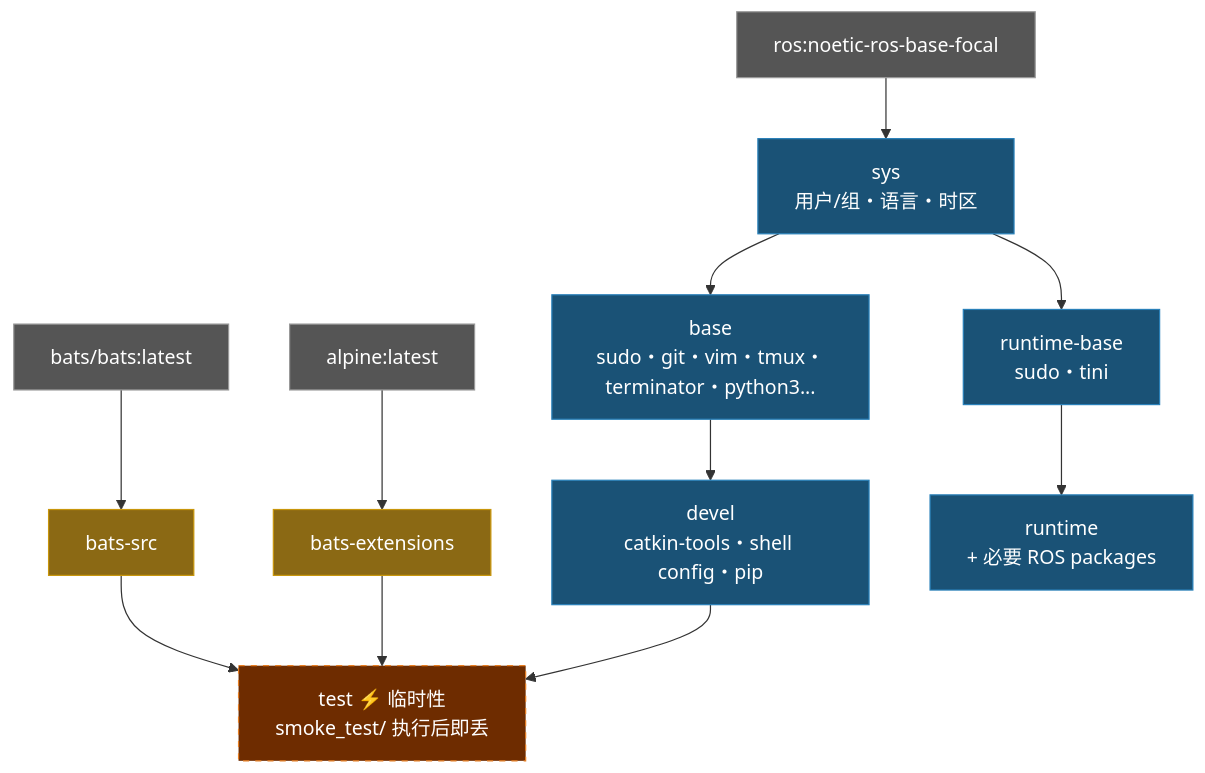
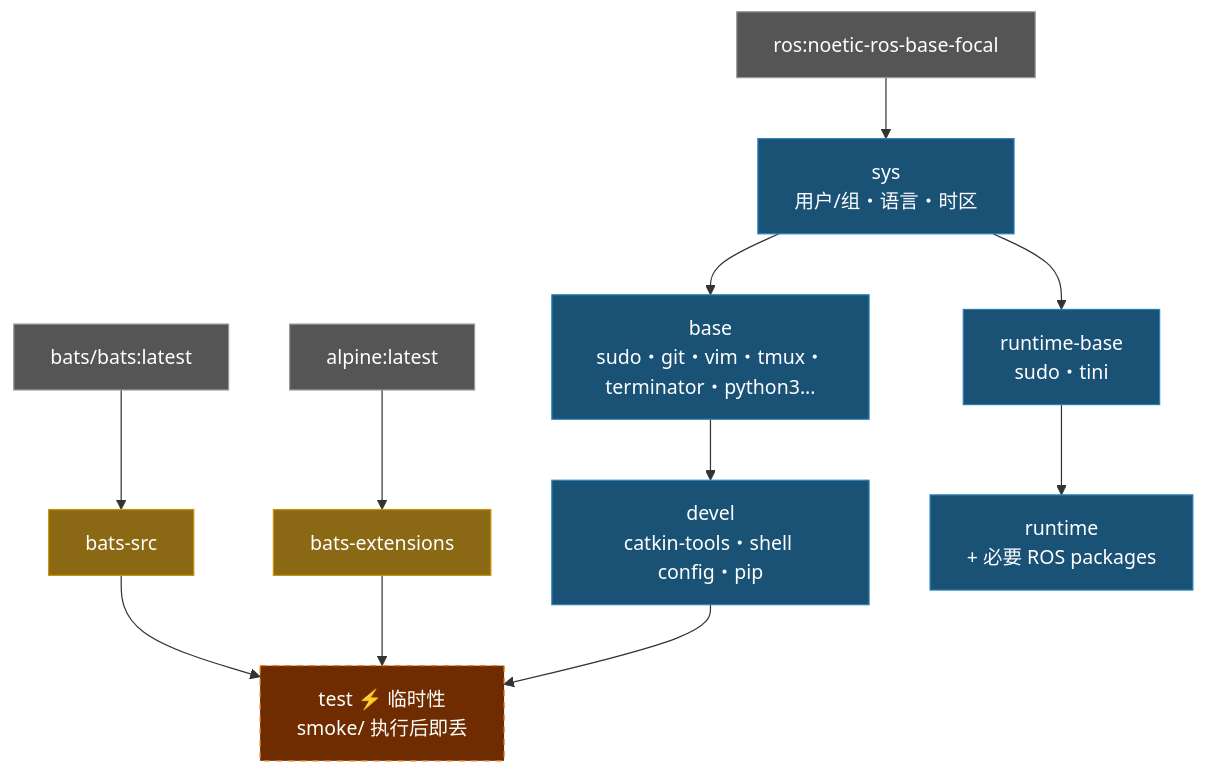
One commit to ycpss91255-docker/ros_noetic changed the diagram in doc/README.zh-CN.md. Above: the diagram before and after it, drawn with Mermaid. The commit also changed other lines of this file and 21 other files, not shown here.

````diff
--- a/doc/README.zh-CN.md
+++ b/doc/README.zh-CN.md
@@ -234,26 +234,26 @@
 ```mermaid
 graph TD
     EXT1["bats/bats:latest"]:::external
     EXT2["alpine:latest"]:::external
     EXT3["ros:noetic-ros-base-focal"]:::external
 
     EXT1 --> bats-src["bats-src"]:::tool
     EXT2 --> bats-ext["bats-extensions"]:::tool
 
     EXT3 --> sys["sys\n用户/组・语言・时区"]:::stage
 
     sys --> base["base\nsudo・git・vim・tmux・terminator・python3..."]:::stage
     base --> devel["devel\ncatkin-tools・shell config・pip"]:::stage
 
-    bats-src --> test["test  ⚡ 临时性\nsmoke_test/ 执行后即丢"]:::ephemeral
+    bats-src --> test["test  ⚡ 临时性\nsmoke/ 执行后即丢"]:::ephemeral
     bats-ext --> test
     devel --> test
 
     sys --> runtime-base["runtime-base\nsudo・tini"]:::stage
     runtime-base --> runtime["runtime\n+ 必要 ROS packages"]:::stage
 
     classDef external fill:#555,color:#fff,stroke:#999
     classDef tool fill:#8B6914,color:#fff,stroke:#c8960c
     classDef stage fill:#1a5276,color:#fff,stroke:#2980b9
     classDef ephemeral fill:#6e2c00,color:#fff,stroke:#e67e22,stroke-dasharray:5 5
 ```
````
